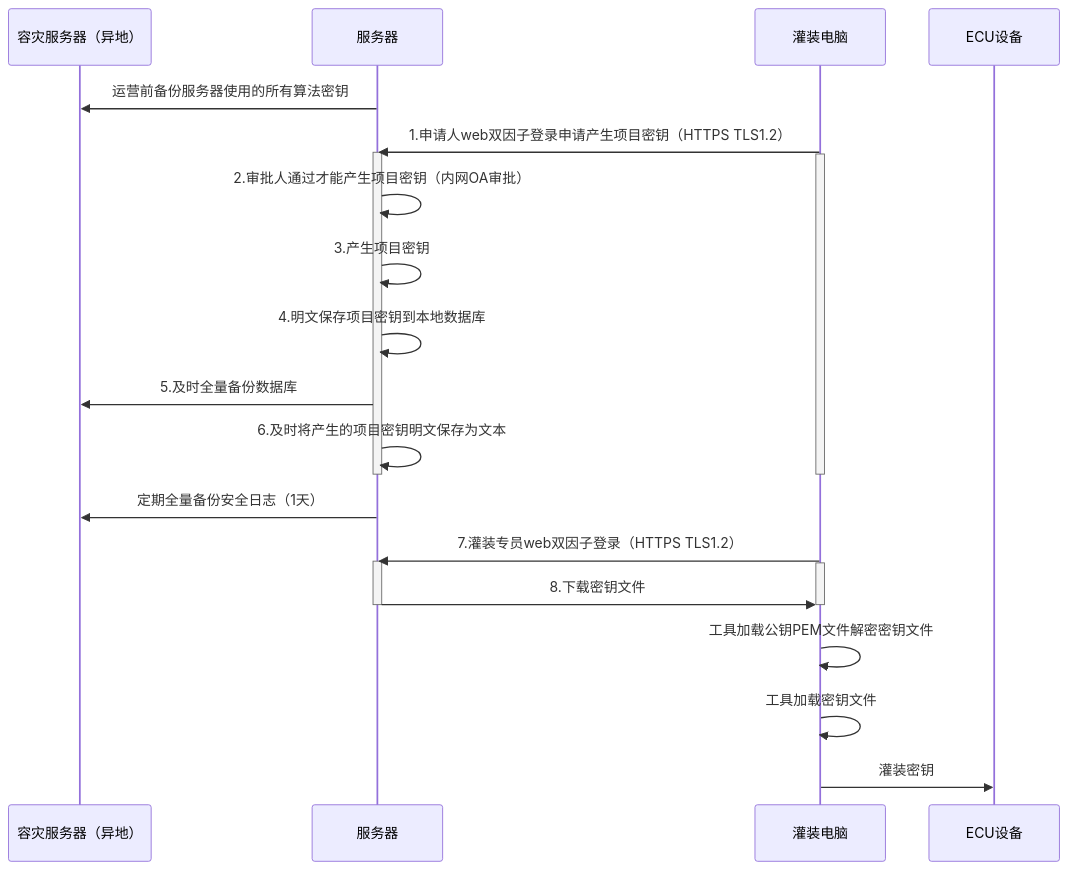
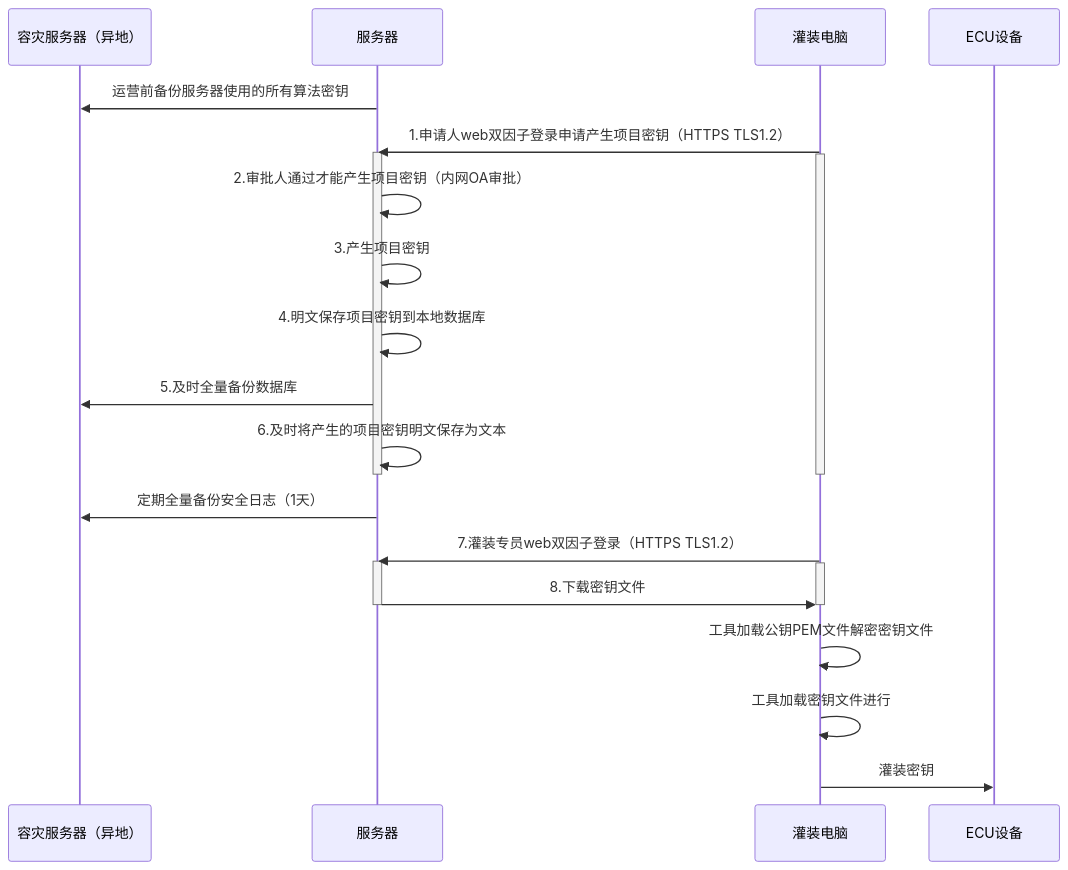
Before and after one commit to facebook-cloud/iodraw-files: the diagram in all/未命名-17.md, drawn with Mermaid.

Commit message:
2026-03-05 20:52:18 update

````diff
--- a/all/未命名-17.md
+++ b/all/未命名-17.md
@@ -1,33 +1,33 @@
 ```mermaid
 sequenceDiagram
     participant A as 容灾服务器（异地）
     participant B as 服务器
     participant D as 灌装电脑
     participant E as ECU设备
 
     B->>A: 运营前备份服务器使用的所有算法密钥
     D->>B: 1.申请人web双因子登录申请产生项目密钥（HTTPS TLS1.2）
     activate B
     activate D
     B->>B: 2.审批人通过才能产生项目密钥（内网OA审批）
     B->>B: 3.产生项目密钥
     B->>B: 4.明文保存项目密钥到本地数据库
     B->>A: 5.及时全量备份数据库
     B->>B: 6.及时将产生的项目密钥明文保存为文本
     deactivate B
     deactivate D
 
     B->>A: 定期全量备份安全日志（1天）
     
     D->>B: 7.灌装专员web双因子登录（HTTPS TLS1.2）
     activate B
     activate D
     B->>D: 8.下载密钥文件
     deactivate B
     deactivate D
 
     D->>D:工具加载公钥PEM文件解密密钥文件
-    D->>D:工具加载密钥文件
+    D->>D:工具加载密钥文件进行
     
     D->>E: 灌装密钥
 ```
````
